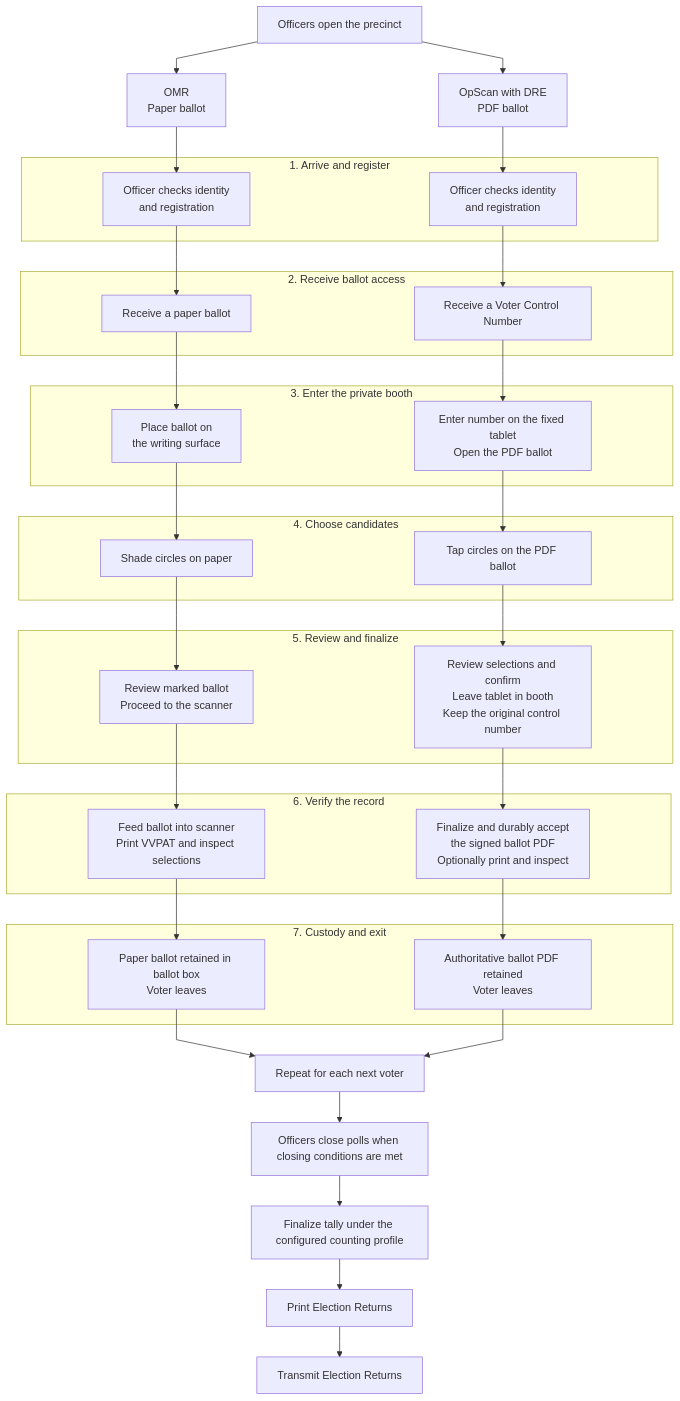
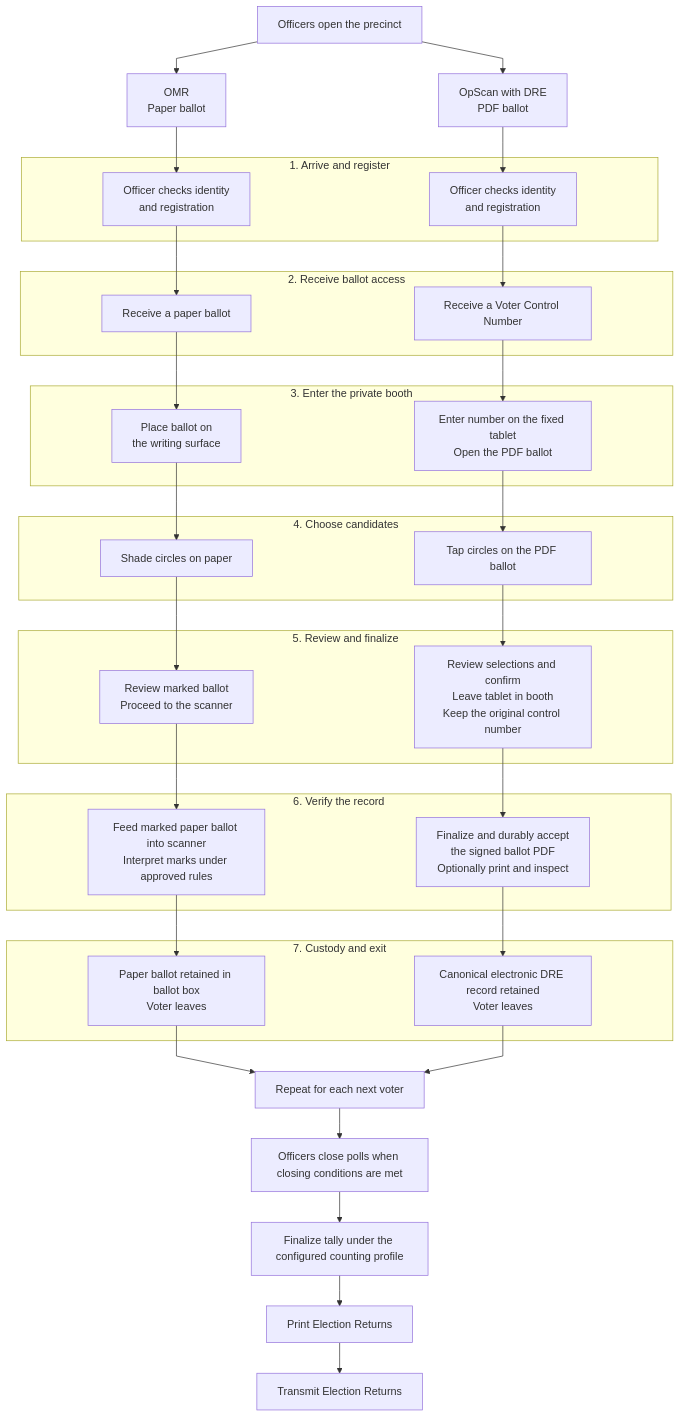
The second of 3 diagrams in docs/OMR_DRE_VOTER_JOURNEY.md (3neti/ballot-pdf), drawn with Mermaid before and after one commit. The commit also changed other lines of this file and 8 other files, not shown here.

Commit message:
docs: clarify DRE record and bid acceptance guidance

````diff
--- a/docs/OMR_DRE_VOTER_JOURNEY.md
+++ b/docs/OMR_DRE_VOTER_JOURNEY.md
@@ -27,51 +30,51 @@
 ```mermaid
 %%{init: {"flowchart": {"htmlLabels": true, "nodeSpacing": 220, "rankSpacing": 45, "curve": "linear"}}}%%
 flowchart TB
     OPEN["Officers open the precinct"]
     OMR["OMR<br/>Paper ballot"]
     DRE["OpScan with DRE<br/>PDF ballot"]
     OPEN --> OMR
     OPEN --> DRE
 
     subgraph S1["1. Arrive and register"]
         O1["Officer checks identity<br/>and registration"]
         D1["Officer checks identity<br/>and registration"]
     end
     subgraph S2["2. Receive ballot access"]
         O2["Receive a paper ballot"]
         D2["Receive a Voter Control Number"]
     end
     subgraph S3["3. Enter the private booth"]
         O3["Place ballot on<br/>the writing surface"]
         D3["Enter number on the fixed tablet<br/>Open the PDF ballot"]
     end
     subgraph S4["4. Choose candidates"]
         O4["Shade circles on paper"]
         D4["Tap circles on the PDF ballot"]
     end
     subgraph S5["5. Review and finalize"]
         O5["Review marked ballot<br/>Proceed to the scanner"]
         D5["Review selections and confirm<br/>Leave tablet in booth<br/>Keep the original control number"]
     end
     subgraph S6["6. Verify the record"]
-        O6["Feed ballot into scanner<br/>Print VVPAT and inspect selections"]
+        O6["Feed marked paper ballot into scanner<br/>Interpret marks under approved rules"]
         D6["Finalize and durably accept<br/>the signed ballot PDF<br/>Optionally print and inspect"]
     end
     subgraph S7["7. Custody and exit"]
         O7["Paper ballot retained in ballot box<br/>Voter leaves"]
-        D7["Authoritative ballot PDF retained<br/>Voter leaves"]
+        D7["Canonical electronic DRE record retained<br/>Voter leaves"]
     end
 
     OMR --> O1 --> O2 --> O3 --> O4 --> O5 --> O6
     DRE --> D1 --> D2 --> D3 --> D4 --> D5 --> D6
     O6 --> O7
     D6 --> D7
 
     NEXT["Repeat for each next voter"]
     O7 --> NEXT
     D7 --> NEXT
     NEXT --> CLOSE["Officers close polls when closing conditions are met"]
     CLOSE --> TALLY["Finalize tally under the configured counting profile"]
     TALLY --> ER["Print Election Returns"]
     ER --> TX["Transmit Election Returns"]
 ```
````
